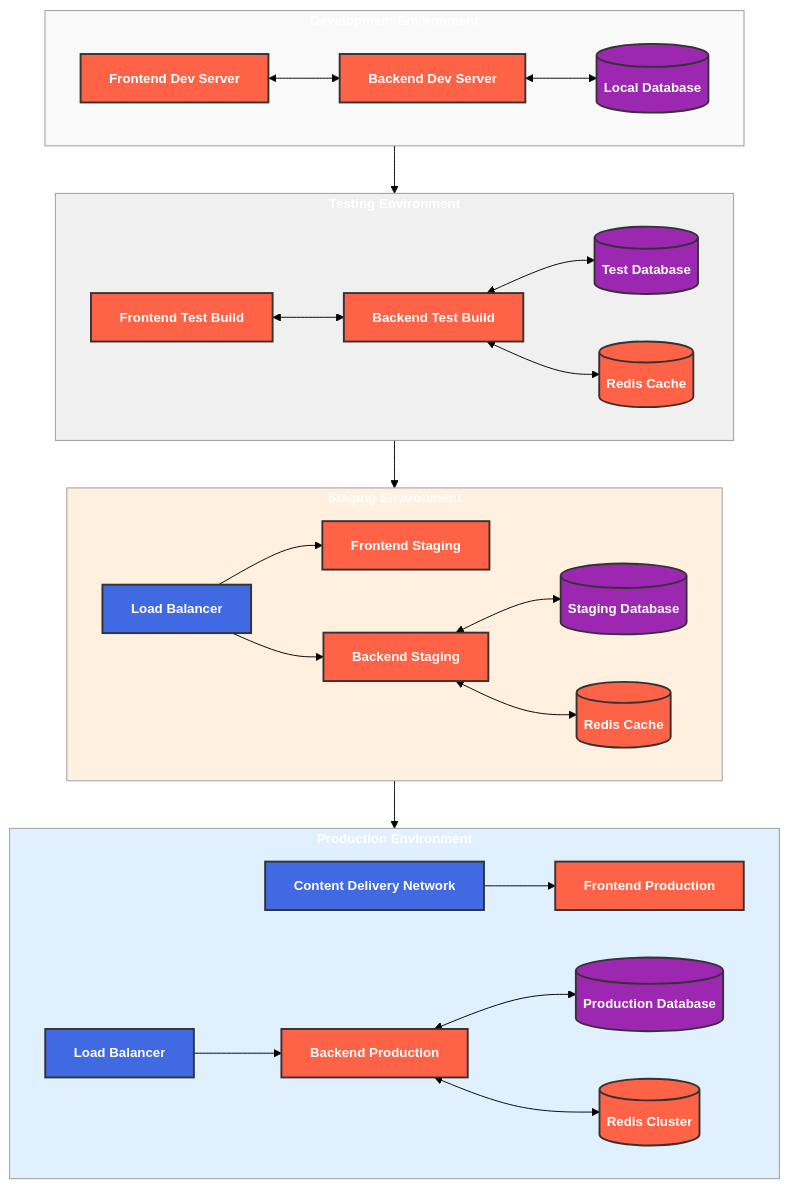
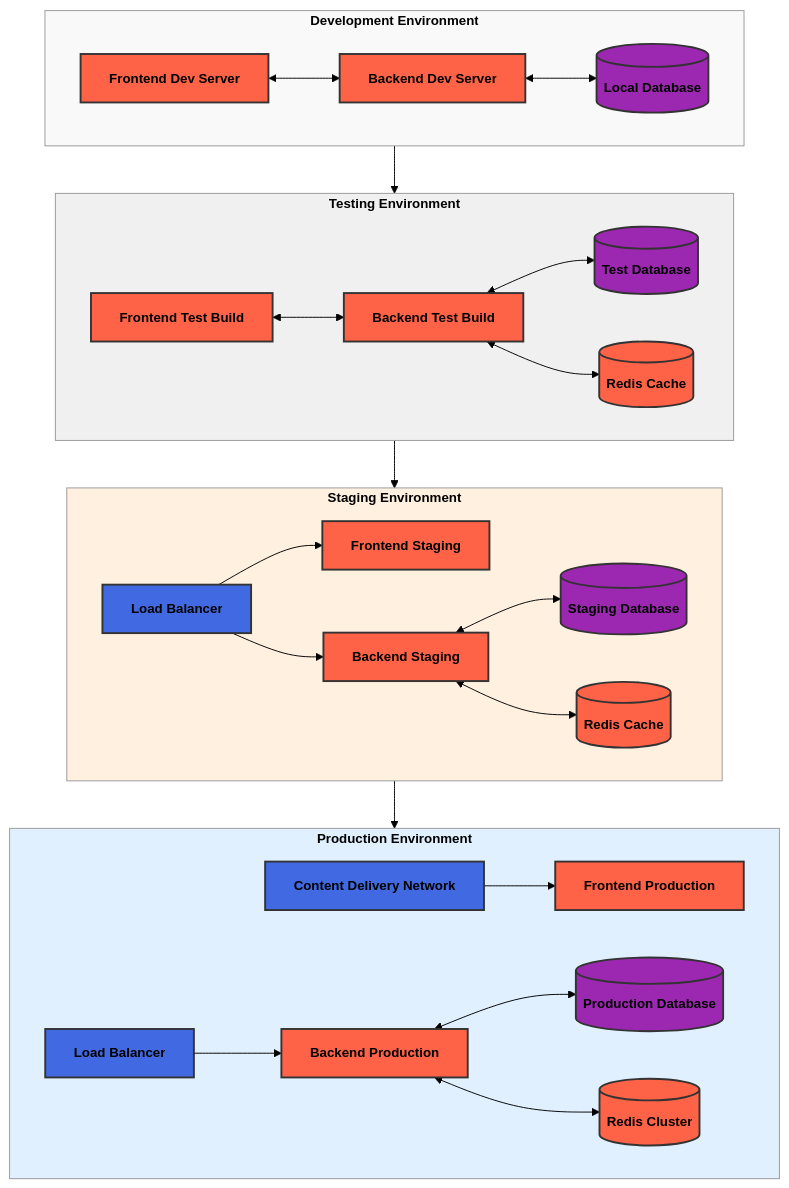
Before and after one commit to TuPhung369/Haaga_Backend_Programming: the second of 15 diagrams in TuPhung_Docs/docs/deployment.md, drawn with Mermaid (forest theme). The commit also changed other lines of this file and 3 other files, not shown here.

Commit message:
V10 style for darkmode workflow mermaid

````diff
--- a/TuPhung_Docs/docs/deployment.md
+++ b/TuPhung_Docs/docs/deployment.md
@@ -126,79 +126,79 @@
 ```mermaid
 flowchart TD
     %% Styling
-    classDef environment fill:#6DB33F,stroke:#333,stroke-width:2px,color:#fff,font-weight:bold,font-size:14px
-    classDef component fill:#FF6347,stroke:#333,stroke-width:2px,color:#fff,font-weight:bold,font-size:14px
-    classDef database fill:#9C27B0,stroke:#333,stroke-width:2px,color:#fff,font-weight:bold,font-size:14px
-    classDef network fill:#4169E1,stroke:#333,stroke-width:2px,color:#fff,font-weight:bold,font-size:14px
-    classDef security fill:#FFA500,stroke:#333,stroke-width:2px,color:#fff,font-weight:bold,font-size:14px
+    classDef environment fill:#6DB33F,stroke:#333,stroke-width:2px,color:#000000,font-weight:bold,font-size:14px
+    classDef component fill:#FF6347,stroke:#333,stroke-width:2px,color:#000000,font-weight:bold,font-size:14px
+    classDef database fill:#9C27B0,stroke:#333,stroke-width:2px,color:#000000,font-weight:bold,font-size:14px
+    classDef network fill:#4169E1,stroke:#333,stroke-width:2px,color:#000000,font-weight:bold,font-size:14px
+    classDef security fill:#FFA500,stroke:#333,stroke-width:2px,color:#000000,font-weight:bold,font-size:14px
 
     %% Main environments
     subgraph Development["Development Environment"]
         DevFE[Frontend Dev Server]
         DevBE[Backend Dev Server]
         DevDB[(Local Database)]
     end
 
     subgraph Testing["Testing Environment"]
         TestFE[Frontend Test Build]
         TestBE[Backend Test Build]
         TestDB[(Test Database)]
         TestCache[(Redis Cache)]
     end
 
     subgraph Staging["Staging Environment"]
         StageFE[Frontend Staging]
         StageBE[Backend Staging]
         StageDB[(Staging Database)]
         StageCache[(Redis Cache)]
         StageLB[Load Balancer]
     end
 
     subgraph Production["Production Environment"]
         ProdFE[Frontend Production]
         ProdBE[Backend Production]
         ProdDB[(Production Database)]
         ProdCache[(Redis Cluster)]
         ProdLB[Load Balancer]
         CDN[Content Delivery Network]
     end
 
     %% Connections
     Development --> Testing
     Testing --> Staging
     Staging --> Production
 
     %% Development connections
     DevFE <--> DevBE
     DevBE <--> DevDB
 
     %% Testing connections
     TestFE <--> TestBE
     TestBE <--> TestDB
     TestBE <--> TestCache
 
     %% Staging connections
     StageLB --> StageFE
     StageLB --> StageBE
     StageBE <--> StageDB
     StageBE <--> StageCache
 
     %% Production connections
     CDN --> ProdFE
     ProdLB --> ProdBE
     ProdBE <--> ProdDB
     ProdBE <--> ProdCache
 
     %% Apply styles
     class Development,Testing,Staging,Production environment
     class DevFE,DevBE,TestFE,TestBE,StageFE,StageBE,ProdFE,ProdBE component
     class DevDB,TestDB,StageDB,ProdDB database
     class TestCache,StageCache,ProdCache component
     class StageLB,ProdLB,CDN network
 
     %% Styling for subgraphs
     style Development fill:#f9f9f9,stroke:#999,stroke-width:1px
     style Testing fill:#f0f0f0,stroke:#999,stroke-width:1px
     style Staging fill:#fff0e0,stroke:#999,stroke-width:1px
     style Production fill:#e0f0ff,stroke:#999,stroke-width:1px
 ```
````
